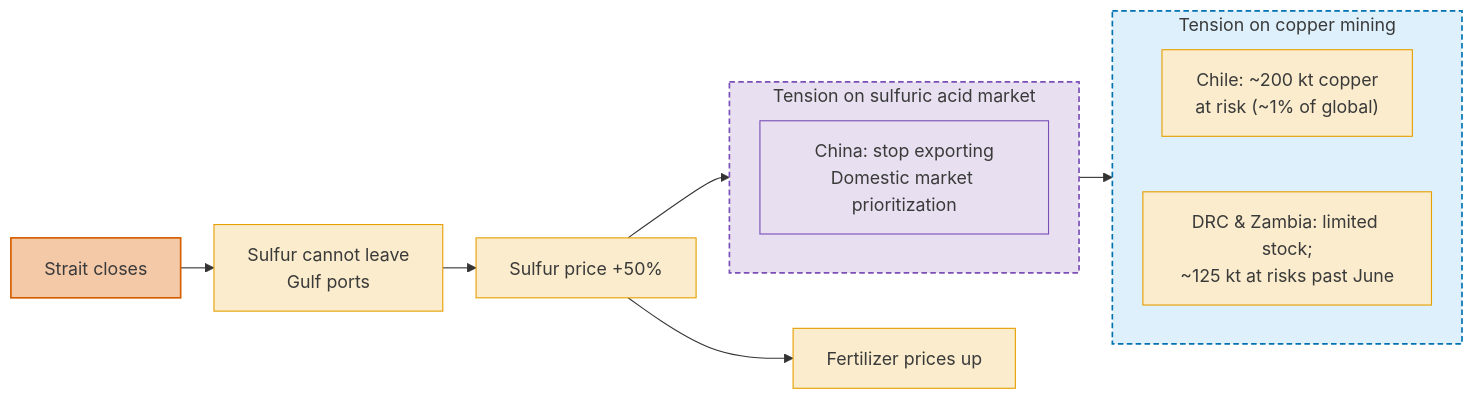
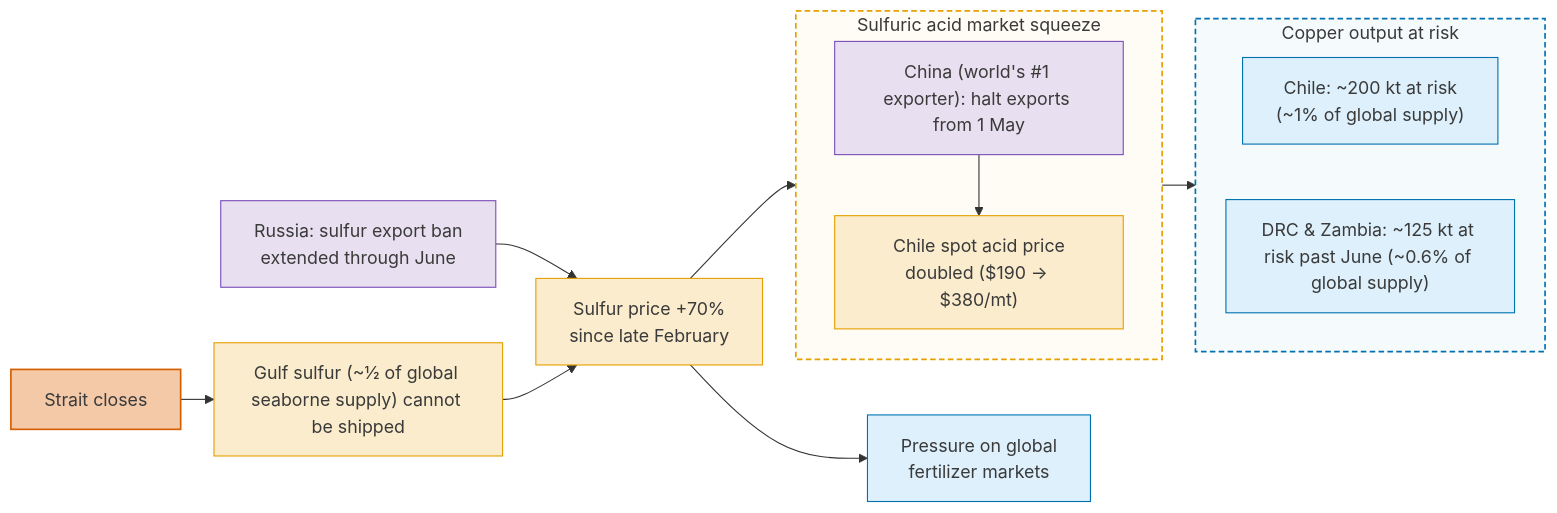
One commit to ccolon/disrupt-sc changed the fifth of 5 diagrams in docs/research/hormuz/case-studies.md. Above: the diagram before and after it, drawn with Mermaid. The commit also changed other lines of this file and 1 other file, not shown here.

Commit message:
update Copper case study

````diff
--- a/docs/research/hormuz/case-studies.md
+++ b/docs/research/hormuz/case-studies.md
@@ -318,36 +322,40 @@
 ```mermaid
 %%{init: {'themeCSS': '.cluster-label foreignObject { text-align: center; }', 'flowchart': {'rankSpacing': 30}}}%%
 flowchart LR
     A[Strait closes]:::source
 
-    B["Sulfur cannot leave<br/>Gulf ports"]:::material
+    B["Gulf sulfur (~½ of global seaborne supply) cannot be shipped"]:::pathway
     A --> B
 
-    C["Sulfur price +50%"]:::material
+    R["Russia: sulfur export ban<br/>extended through June"]:::policy
+    R --> C
+
+    C["Sulfur price +70%<br/>since late February"]:::pathway
     B --> C
 
-    E["Fertilizer prices up"]:::material
-    C --> E
+    F["Pressure on global<br/>fertilizer markets"]:::impact
+    C --> F
 
-    subgraph sa[Tension on sulfuric acid market]
-      direction LR
-        halt["China: stop exporting<br/>Domestic market prioritization"]:::policy
+    subgraph sa[Sulfuric acid market squeeze]
+      direction TB
+        halt["China (world's #1 exporter): halt exports from 1 May"]:::policy
+        mej["Chile spot acid price<br/>doubled ($190 → $380/mt)"]:::pathway
+        halt --> mej
     end
     C --> sa
+
+    subgraph copper[Copper output at risk]
+      direction LR
+        chile["Chile: ~200 kt at risk<br/>(~1% of global supply)"]:::impact
+        afr["DRC & Zambia: ~125 kt at risk past June (~0.6% of global supply)"]:::impact
+    end
     sa --> copper
 
-    subgraph copper[Tension on copper mining]
-      direction LR
-        chile["Chile: ~200 kt copper<br/>at risk (~1% of global)"]:::material
-        afr["DRC & Zambia: limited stock;<br/>~125 kt at risks past June"]:::material
-    end
+    classDef source   fill:#F4C9A8,stroke:#D55E00,stroke-width:1.5px,color:#3A3A3A;
+    classDef pathway  fill:#FAECCC,stroke:#E69F00,stroke-width:1px,color:#3A3A3A;
+    classDef impact   fill:#DDF0FB,stroke:#0072B2,stroke-width:1px,color:#3A3A3A;
+    classDef policy   fill:#E8E0F0,stroke:#7A4FB8,stroke-width:1px,color:#3A3A3A;
 
-    classDef source   fill:#F4C9A8,stroke:#D55E00,stroke-width:1.5px,color:#3A3A3A;
-    classDef energy   fill:#DDF0FB,stroke:#0072B2,stroke-width:1px,color:#3A3A3A;
-    classDef material fill:#FAECCC,stroke:#E69F00,stroke-width:1px,color:#3A3A3A;
-    classDef policy   fill:#E8E0F0,stroke:#7A4FB8,stroke-width:1px,color:#3A3A3A;
-    classDef default  fill:#F5F5F5,stroke:#767676,stroke-width:1px,color:#3A3A3A;
-
-    style sa fill:#E8E0F0,stroke:#7A4FB8,stroke-width:1.5px,stroke-dasharray:5 3,color:#3A3A3A
-    style copper fill:#DDF0FB,stroke:#0072B2,stroke-width:1.5px,stroke-dasharray:5 3,color:#3A3A3A
+    style sa fill:#FFFCF5,stroke:#E69F00,stroke-width:1.5px,stroke-dasharray:5 3,color:#3A3A3A
+    style copper fill:#F5FAFC,stroke:#0072B2,stroke-width:1.5px,stroke-dasharray:5 3,color:#3A3A3A
 ```
````
